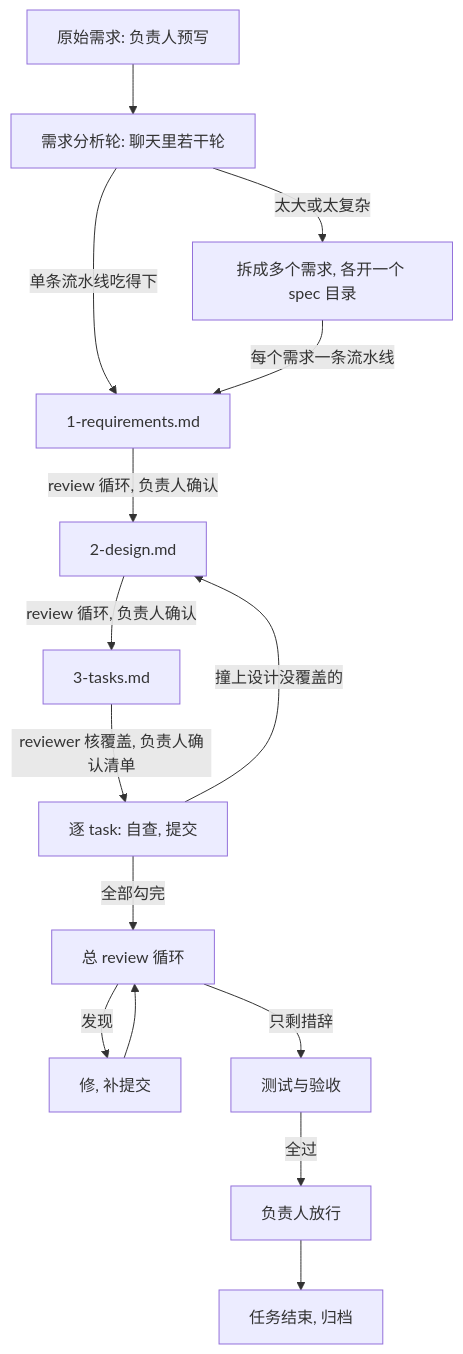
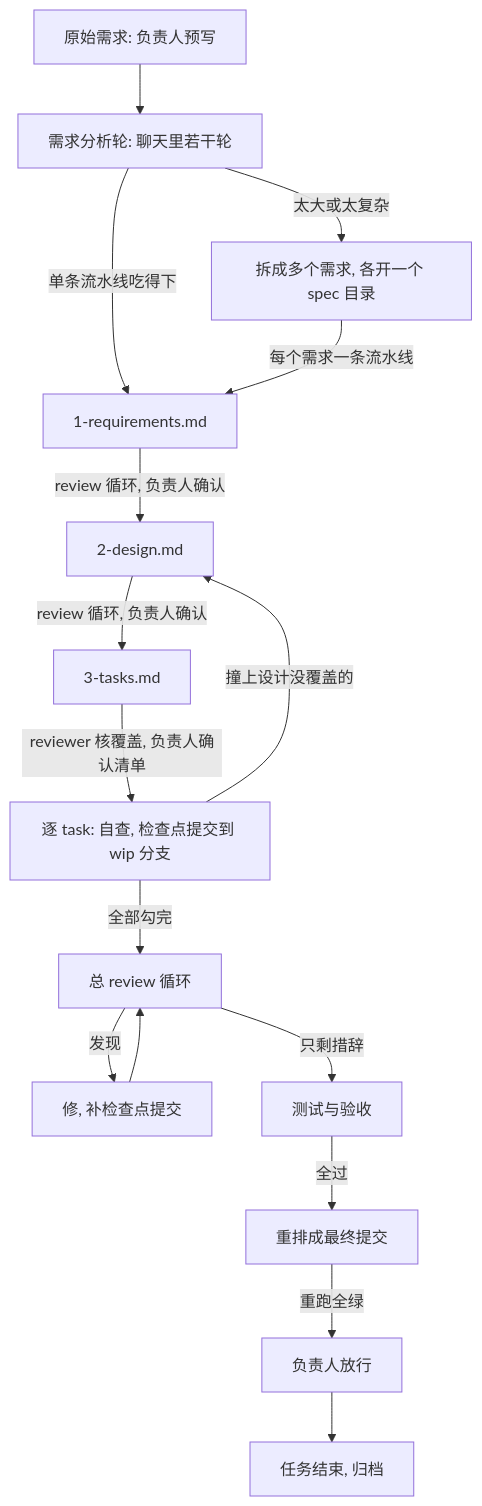
Before and after one commit to imknown/AndroidLowLevelDetector: the first of 2 diagrams in docs/agents-cn/13-工作流.md, drawn with Mermaid. The commit also changed other lines of this file and 5 other files, not shown here.

````diff
--- a/docs/agents-cn/13-工作流.md
+++ b/docs/agents-cn/13-工作流.md
@@ -11,17 +11,18 @@
 ```mermaid
 flowchart TD
     A[原始需求: 负责人预写] --> B[需求分析轮: 聊天里若干轮]
     B -->|太大或太复杂| C[拆成多个需求, 各开一个 spec 目录]
     B -->|单条流水线吃得下| D[1-requirements.md]
     C -->|每个需求一条流水线| D
     D -->|review 循环, 负责人确认| E[2-design.md]
     E -->|review 循环, 负责人确认| F[3-tasks.md]
-    F -->|reviewer 核覆盖, 负责人确认清单| G[逐 task: 自查, 提交]
+    F -->|reviewer 核覆盖, 负责人确认清单| G[逐 task: 自查, 检查点提交到 wip 分支]
     G -->|撞上设计没覆盖的| E
     G -->|全部勾完| H[总 review 循环]
-    H -->|发现| I[修, 补提交]
+    H -->|发现| I[修, 补检查点提交]
     I --> H
     H -->|只剩措辞| J[测试与验收]
-    J -->|全过| K[负责人放行]
-    K --> L[任务结束, 归档]
+    J -->|全过| K[重排成最终提交]
+    K -->|重跑全绿| L[负责人放行]
+    L --> M[任务结束, 归档]
 ```
````
